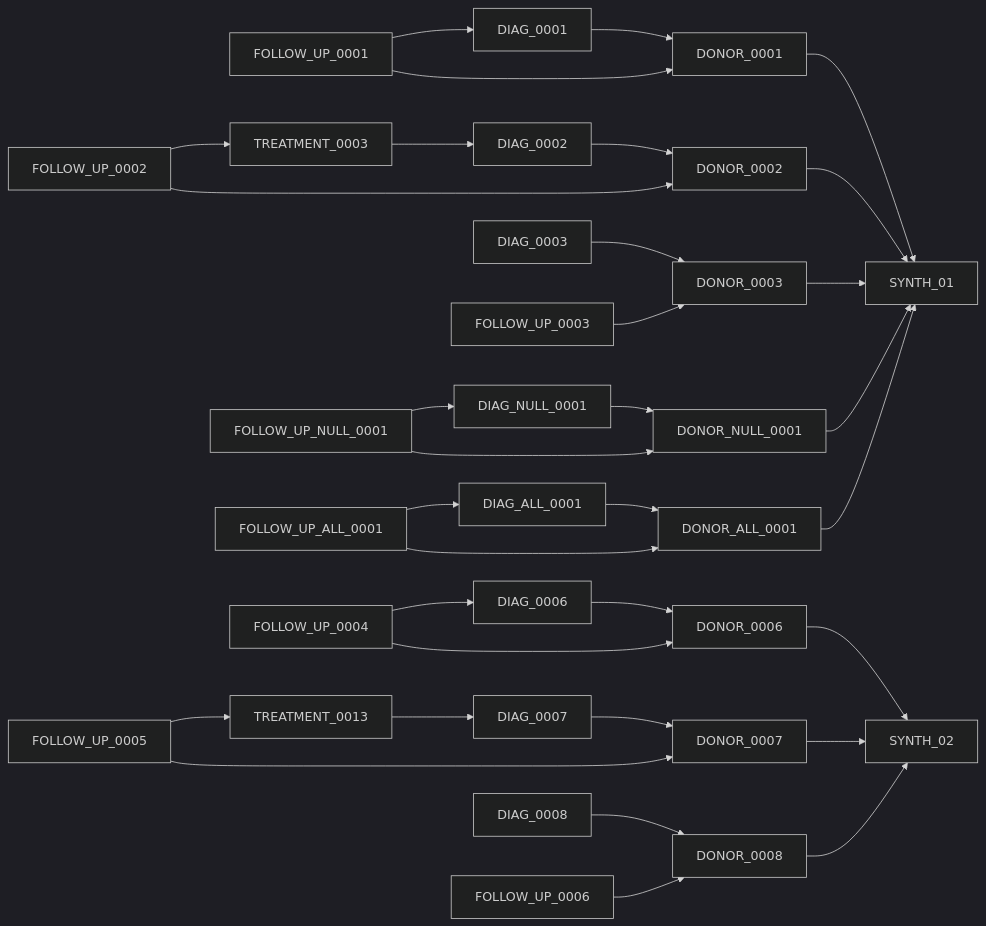
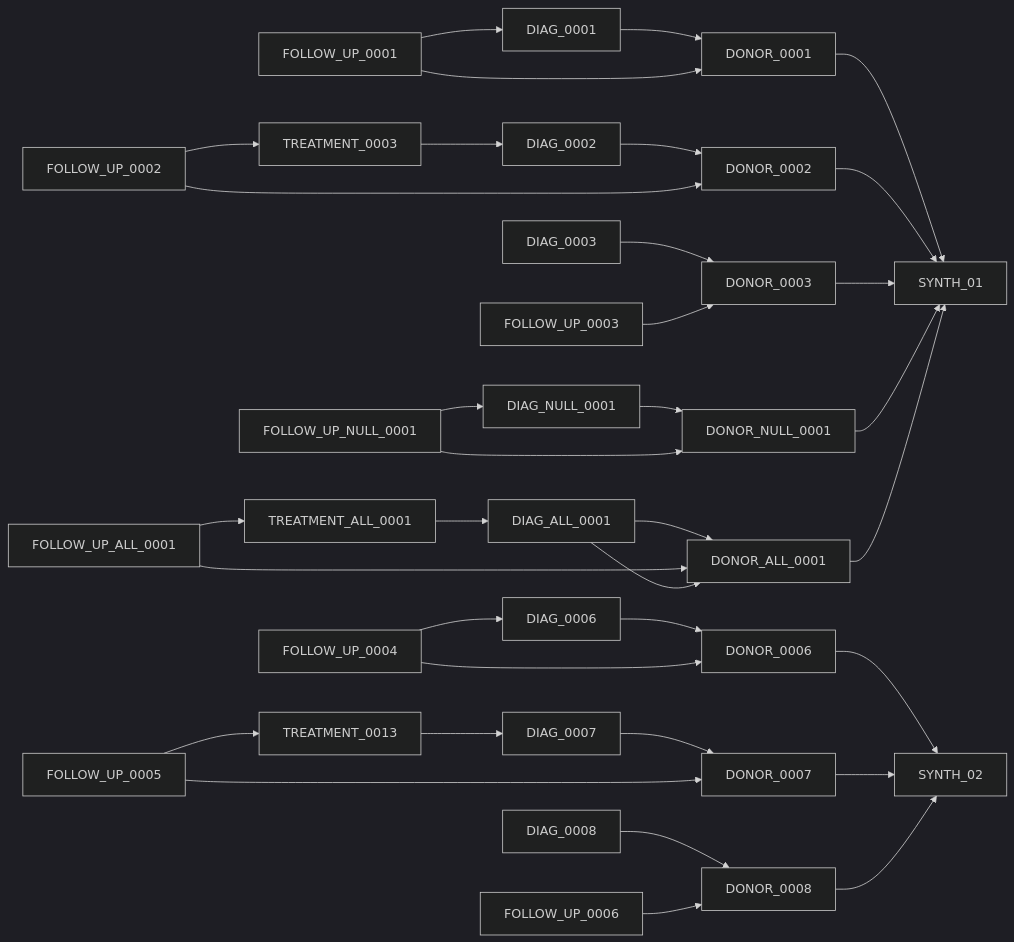
The eighth of 9 diagrams in chord_metadata_service/mohpackets/data/extra_small_dataset/README.md (CanDIG/katsu), drawn with Mermaid (dark theme) before and after one commit.

````diff
--- a/chord_metadata_service/mohpackets/data/extra_small_dataset/README.md
+++ b/chord_metadata_service/mohpackets/data/extra_small_dataset/README.md
@@ -114,29 +114,29 @@
 ```mermaid
 graph LR;  
   DIAG_0001 --> DONOR_0001 --> SYNTH_01;
   DIAG_0002 --> DONOR_0002 --> SYNTH_01;
   DIAG_0003 --> DONOR_0003 --> SYNTH_01;
   FOLLOW_UP_0001 --> DONOR_0001;
   FOLLOW_UP_0001 --> DIAG_0001;
   FOLLOW_UP_0002 --> DONOR_0002;
   FOLLOW_UP_0002 --> TREATMENT_0003 --> DIAG_0002;
   FOLLOW_UP_0003 --> DONOR_0003;
   
   DIAG_0006 --> DONOR_0006 --> SYNTH_02;
   DIAG_0007 --> DONOR_0007 --> SYNTH_02;
   DIAG_0008 --> DONOR_0008 --> SYNTH_02;
   FOLLOW_UP_0004 --> DONOR_0006;
   FOLLOW_UP_0004 --> DIAG_0006;
   FOLLOW_UP_0005 --> TREATMENT_0013 --> DIAG_0007;
   FOLLOW_UP_0005 --> DONOR_0007;
   FOLLOW_UP_0006 --> DONOR_0008;
   
   DIAG_NULL_0001 --> DONOR_NULL_0001 --> SYNTH_01;
   DIAG_ALL_0001 --> DONOR_ALL_0001 --> SYNTH_01;
   FOLLOW_UP_NULL_0001 --> DONOR_NULL_0001;
   FOLLOW_UP_NULL_0001 --> DIAG_NULL_0001;
   FOLLOW_UP_ALL_0001 --> DONOR_ALL_0001;
-  FOLLOW_UP_ALL_0001 --> DIAG_ALL_0001;
-  
+  FOLLOW_UP_ALL_0001 --> TREATMENT_ALL_0001;
+  TREATMENT_ALL_0001 --> DIAG_ALL_0001 --> DONOR_ALL_0001;
   
 ```
````
